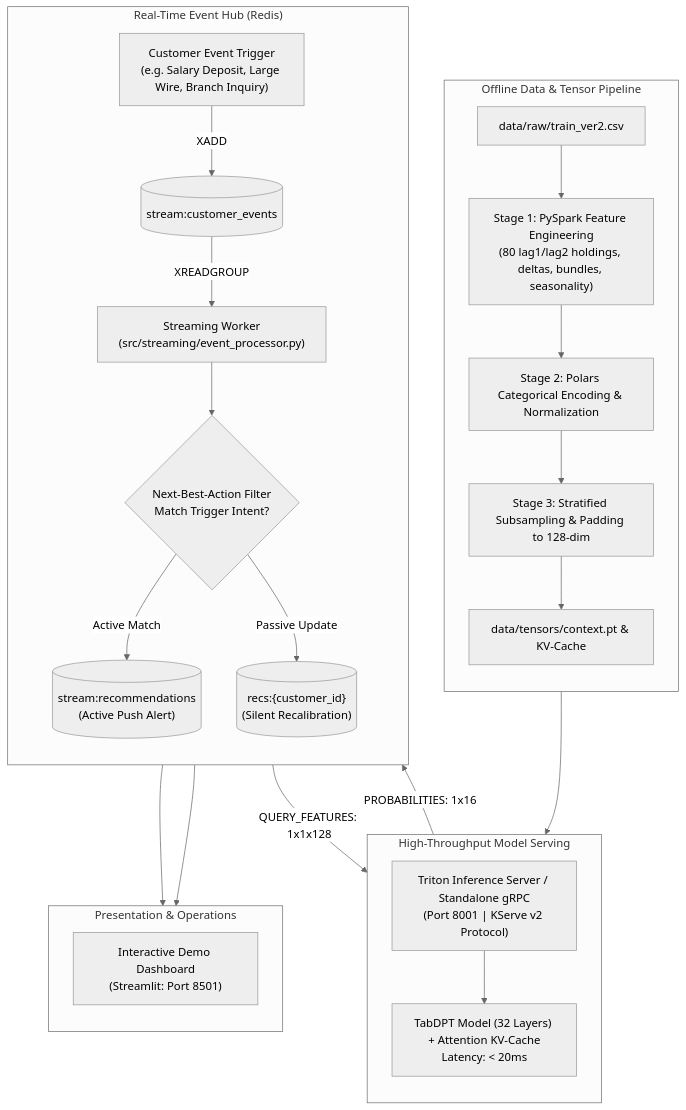
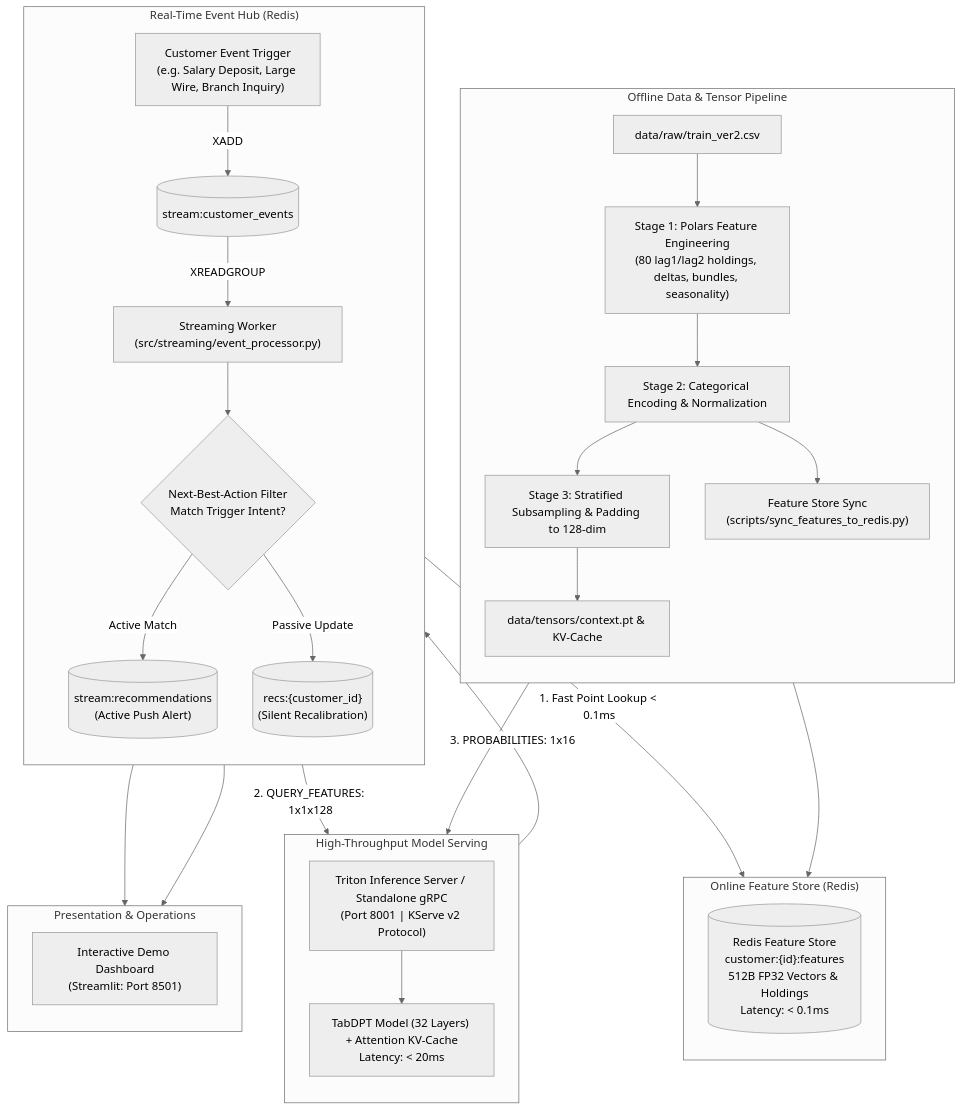
One commit to Ty-Tshiam/TabDPT-reco changed the diagram in README.md. Above: the diagram before and after it, drawn with Mermaid (neutral theme). The commit also changed other lines of this file and 59 other files, not shown here.

Commit message:
added feature store for performance and about to implement a new serving system

````diff
--- a/README.md
+++ b/README.md
@@ -11,33 +11,40 @@
 ```mermaid
 flowchart TD
     subgraph Offline["Offline Data & Tensor Pipeline"]
         direction TB
-        raw["data/raw/train_ver2.csv"] --> S1["Stage 1: PySpark Feature Engineering<br/>(80 lag1/lag2 holdings, deltas, bundles, seasonality)"]
-        S1 --> S2["Stage 2: Polars Categorical Encoding & Normalization"]
+        raw["data/raw/train_ver2.csv"] --> S1["Stage 1: Polars Feature Engineering<br/>(80 lag1/lag2 holdings, deltas, bundles, seasonality)"]
+        S1 --> S2["Stage 2: Categorical Encoding & Normalization"]
         S2 --> S3["Stage 3: Stratified Subsampling & Padding to 128-dim"]
         S3 --> Tensors["data/tensors/context.pt & KV-Cache"]
+        S2 --> SyncFS["Feature Store Sync<br/>(scripts/sync_features_to_redis.py)"]
+    end
+
+    subgraph Store["Online Feature Store (Redis)"]
+        direction TB
+        SyncFS --> RedisFS[("Redis Feature Store<br/>customer:{id}:features<br/>512B FP32 Vectors & Holdings<br/>Latency: < 0.1ms")]
     end
 
     subgraph Serving["High-Throughput Model Serving"]
         direction TB
         Tensors --> Triton["Triton Inference Server / Standalone gRPC<br/>(Port 8001 | KServe v2 Protocol)"]
         Triton --> KV["TabDPT Model (32 Layers) + Attention KV-Cache<br/>Latency: < 20ms"]
     end
 
     subgraph Streaming["Real-Time Event Hub (Redis)"]
         direction TB
         UI_Action["Customer Event Trigger<br/>(e.g. Salary Deposit, Large Wire, Branch Inquiry)"] -->|XADD| StreamIn[("stream:customer_events")]
         StreamIn -->|XREADGROUP| Worker["Streaming Worker<br/>(src/streaming/event_processor.py)"]
-        Worker -->|QUERY_FEATURES: 1x1x128| Triton
-        Triton -->|PROBABILITIES: 1x16| Worker
+        Worker -->|1. Fast Point Lookup < 0.1ms| RedisFS
+        Worker -->|2. QUERY_FEATURES: 1x1x128| Triton
+        Triton -->|3. PROBABILITIES: 1x16| Worker
         Worker --> NBA{"Next-Best-Action Filter<br/>Match Trigger Intent?"}
         NBA -->|Active Match| StreamOut[("stream:recommendations<br/>(Active Push Alert)")]
         NBA -->|Passive Update| Cache[("recs:{customer_id}<br/>(Silent Recalibration)")]
     end
 
     subgraph Client["Presentation & Operations"]
         direction TB
         StreamOut --> UI["Interactive Demo Dashboard<br/>(Streamlit: Port 8501)"]
         Cache --> UI
     end
 ```
````
